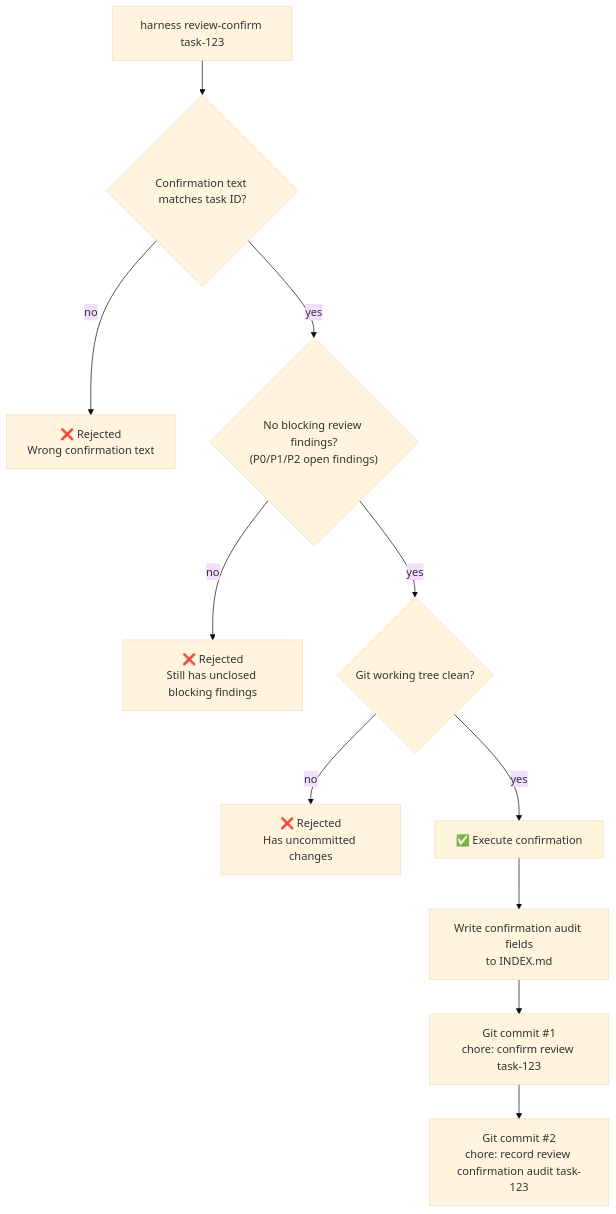
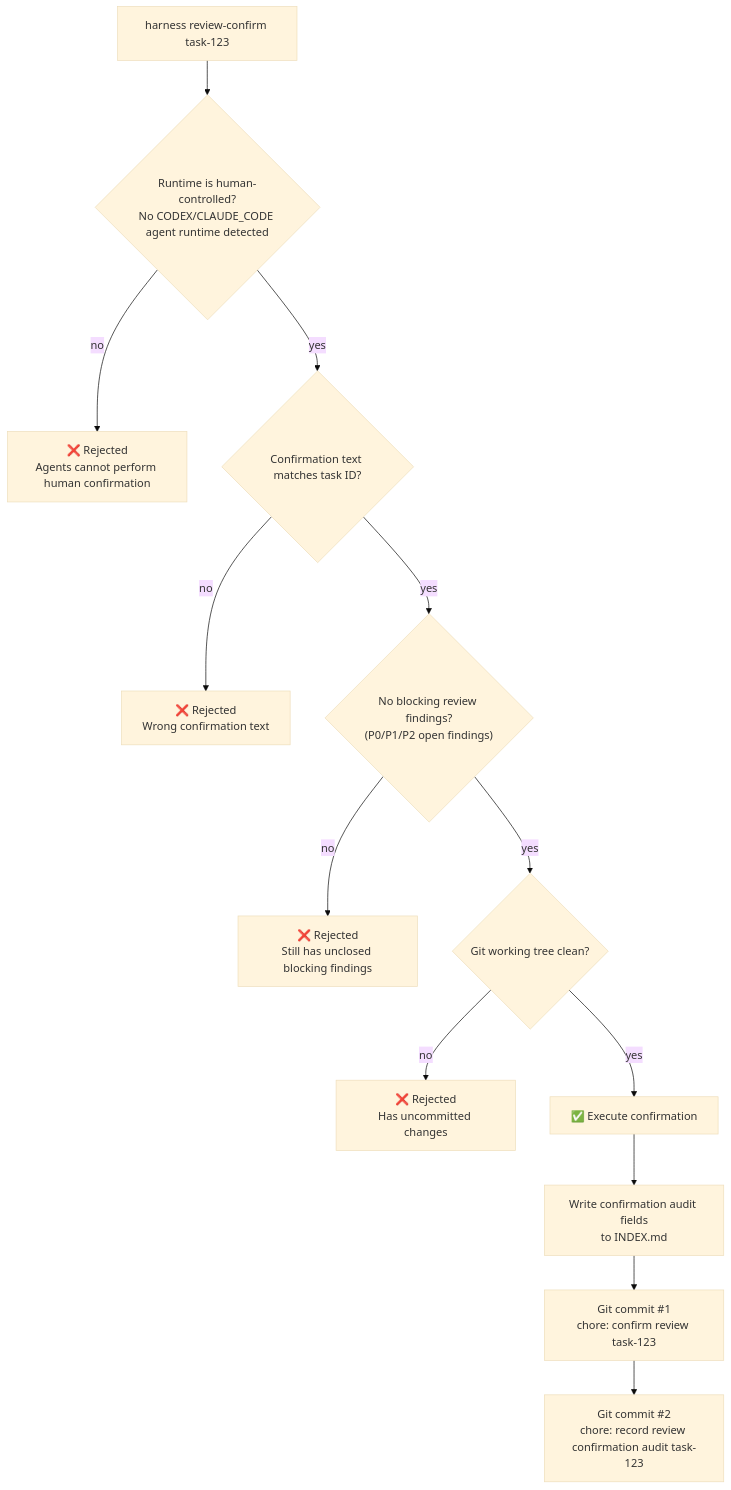
The fourth of 6 diagrams in docs-release/architecture/system-explainer/en-US/03-task-lifecycle.md (FairladyZ625/coding-agent-harness), drawn with Mermaid (base theme) before and after one commit. The commit also changed other lines of this file and 8 other files, not shown here.

Commit message:
fix: block agent review confirmation

````diff
--- a/docs-release/architecture/system-explainer/en-US/03-task-lifecycle.md
+++ b/docs-release/architecture/system-explainer/en-US/03-task-lifecycle.md
@@ -97,16 +97,18 @@
 ```mermaid
 flowchart TD
   Trigger["harness review-confirm task-123"]
 
-  Trigger --> C1{"Confirmation text matches task ID?"}
+  Trigger --> A1{"Runtime is human-controlled?\nNo CODEX/CLAUDE_CODE agent runtime detected"}
+  A1 -->|"no"| EA["❌ Rejected\nAgents cannot perform human confirmation"]
+  A1 -->|"yes"| C1{"Confirmation text matches task ID?"}
   C1 -->|"no"| E1["❌ Rejected\nWrong confirmation text"]
   C1 -->|"yes"| C2{"No blocking review findings?\n(P0/P1/P2 open findings)"}
   C2 -->|"no"| E2["❌ Rejected\nStill has unclosed blocking findings"]
   C2 -->|"yes"| C3{"Git working tree clean?"}
   C3 -->|"no"| E3["❌ Rejected\nHas uncommitted changes"]
   C3 -->|"yes"| Exec["✅ Execute confirmation"]
 
   Exec --> Write1["Write confirmation audit fields\nto INDEX.md"]
   Write1 --> Commit1["Git commit #1\nchore: confirm review task-123"]
   Commit1 --> Commit2["Git commit #2\nchore: record review confirmation audit task-123"]
 ```
````
